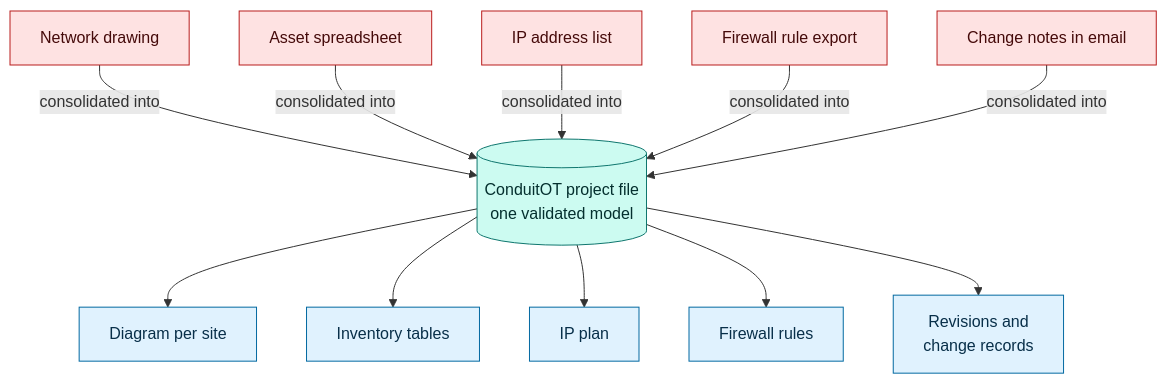
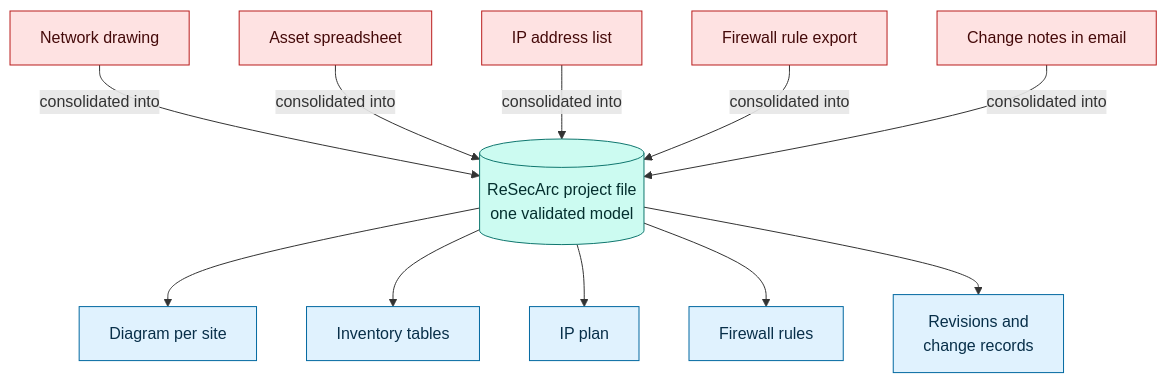
One commit to vijaykumargowdakk/ReSecArc changed the first of 32 diagrams in README.md. Above: the diagram before and after it, drawn with Mermaid. The commit also changed other lines of this file and 33 other files, not shown here.

First line of the commit message:
Rename the product to ReSecArc

````diff
--- a/README.md
+++ b/README.md
@@ -58,22 +58,22 @@
 ```mermaid
 flowchart TB
     D1["Network drawing"]
     D2["Asset spreadsheet"]
     D3["IP address list"]
     D4["Firewall rule export"]
     D5["Change notes in email"]
-    M[("ConduitOT project file<br/>one validated model")]
+    M[("ReSecArc project file<br/>one validated model")]
     D1 & D2 & D3 & D4 & D5 -- "consolidated into" --> M
     M --> V1["Diagram per site"]
     M --> V2["Inventory tables"]
     M --> V3["IP plan"]
     M --> V4["Firewall rules"]
     M --> V5["Revisions and<br/>change records"]
 
     classDef old fill:#fee2e2,stroke:#b91c1c,color:#450a0a
     classDef model fill:#ccfbf1,stroke:#0f766e,color:#042f2e
     classDef view fill:#e0f2fe,stroke:#0369a1,color:#082f49
     class D1,D2,D3,D4,D5 old
     class M model
     class V1,V2,V3,V4,V5 view
 ```
````
